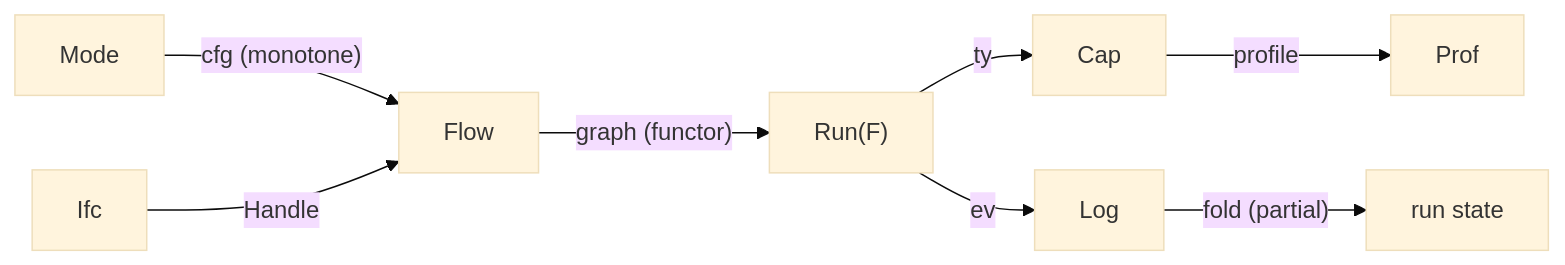
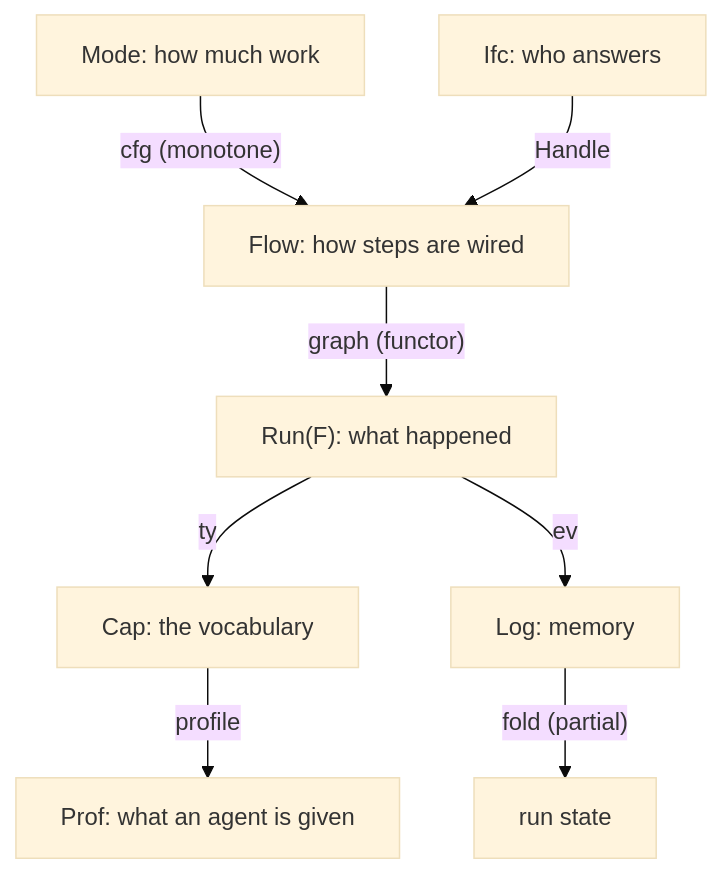
One commit to ILIYANGERMANOV/nixos changed the first of 12 diagrams in docs/harness/CATEGORY-THEORY.md. Above: the diagram before and after it, drawn with Mermaid (base theme). The commit also changed other lines of this file and 11 other files, not shown here.

First line of the commit message:
[docs] docs/harness: visuals first, top-down flows, adherence in comparison (#507)

````diff
--- a/docs/harness/CATEGORY-THEORY.md
+++ b/docs/harness/CATEGORY-THEORY.md
@@ -47,10 +3,10 @@
 ```mermaid
-flowchart LR
-  Flow["Flow"] -->|"graph (functor)"| Run["Run(F)"]
-  Run -->|"ty"| Cap["Cap"]
-  Run -->|"ev"| Log["Log"]
+flowchart TD
+  Mode["Mode: how much work"] -->|"cfg (monotone)"| Flow["Flow: how steps are wired"]
+  Ifc["Ifc: who answers"] -->|"Handle"| Flow
+  Flow -->|"graph (functor)"| Run["Run(F): what happened"]
+  Run -->|"ty"| Cap["Cap: the vocabulary"]
+  Run -->|"ev"| Log["Log: memory"]
   Log -->|"fold (partial)"| State["run state"]
-  Mode["Mode"] -->|"cfg (monotone)"| Flow
-  Cap -->|"profile"| Prof["Prof"]
-  Ifc["Ifc"] -->|"Handle"| Flow
+  Cap -->|"profile"| Prof["Prof: what an agent is given"]
 ```
````
